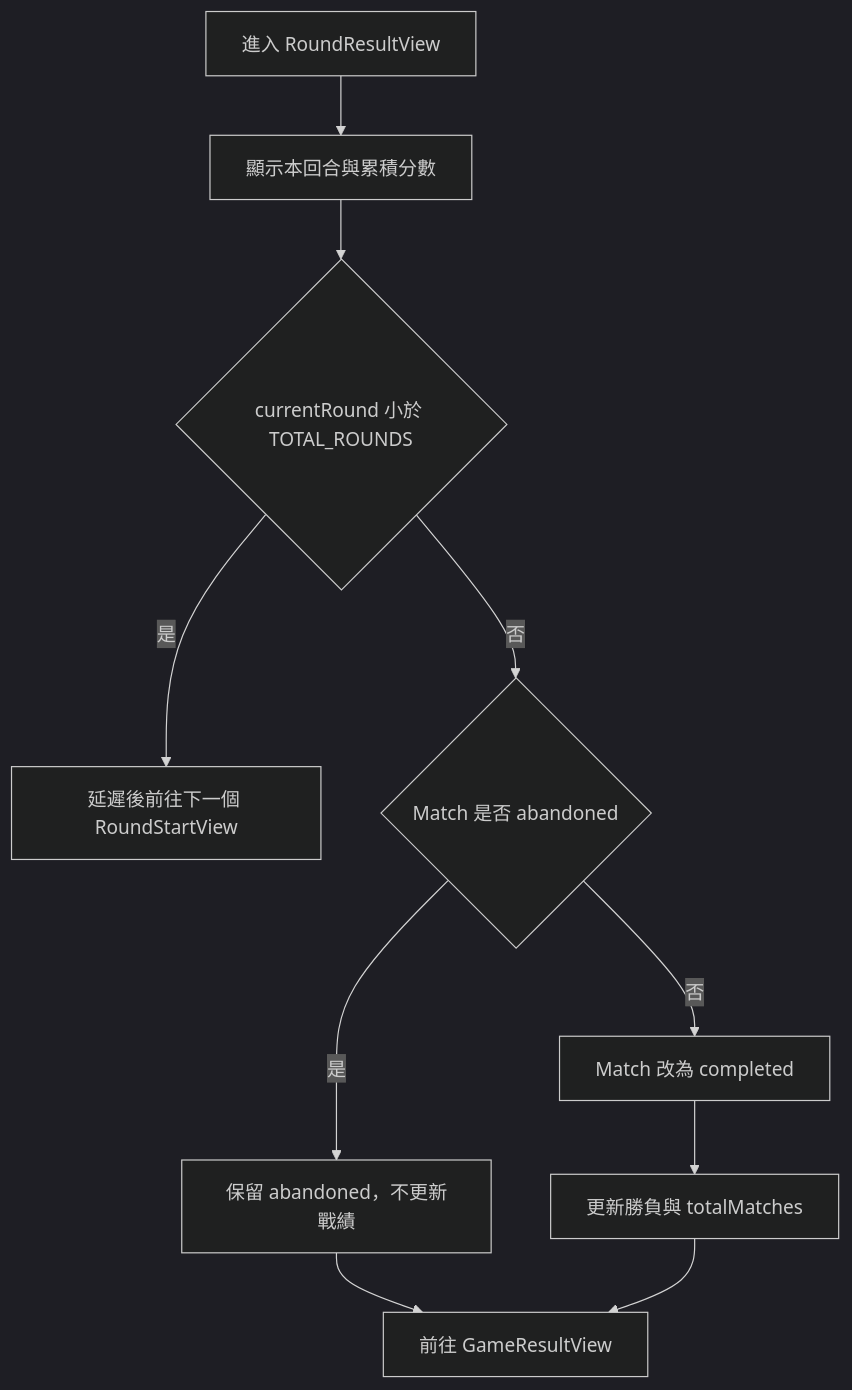
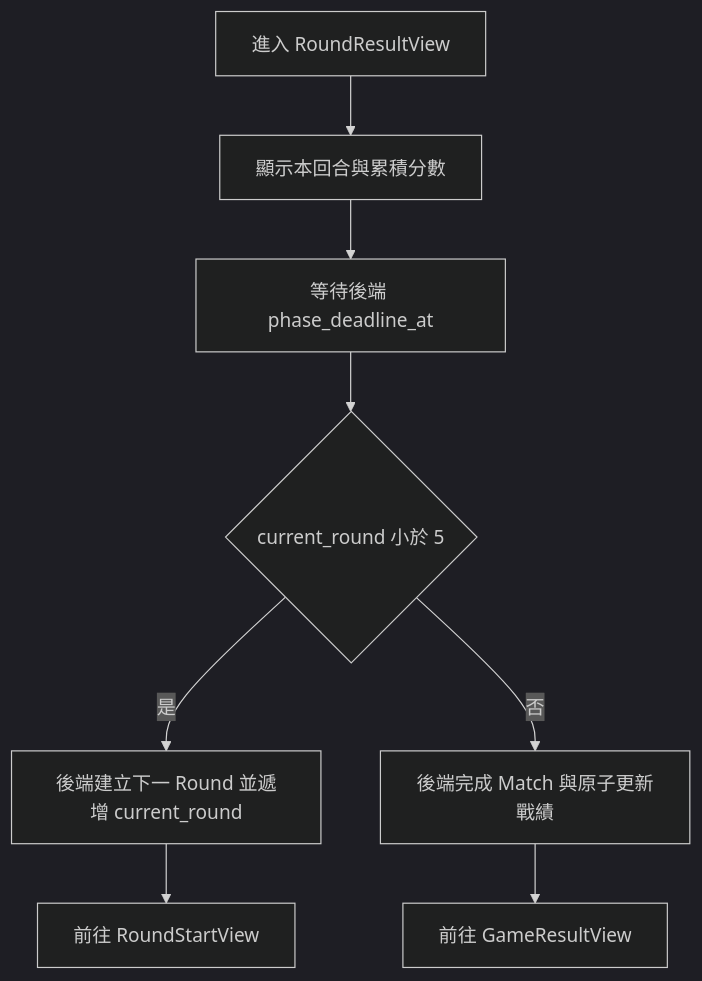
One commit to HsiaoChuanWang/lightning changed the eighth of 10 diagrams in GAME_FLOW.md. Above: the diagram before and after it, drawn with Mermaid (dark theme). The commit also changed other lines of this file and 22 other files, not shown here.

Commit message:
feat: synchronize backend game flow and refine round and rematch transitions

````diff
--- a/GAME_FLOW.md
+++ b/GAME_FLOW.md
@@ -210,12 +228,10 @@
 ```mermaid
 flowchart TD
     Result[進入 RoundResultView] --> Score[顯示本回合與累積分數]
-    Score --> More{currentRound 小於 TOTAL_ROUNDS}
-    More -->|是| Next[延遲後前往下一個 RoundStartView]
-    More -->|否| Abandoned{Match 是否 abandoned}
-    Abandoned -->|是| Finish[保留 abandoned，不更新戰績]
-    Abandoned -->|否| Complete[Match 改為 completed]
-    Complete --> Stats[更新勝負與 totalMatches]
-    Finish --> GameResult[前往 GameResultView]
-    Stats --> GameResult
+    Score --> Wait[等待後端 phase_deadline_at]
+    Wait --> More{current_round 小於 5}
+    More -->|是| Next[後端建立下一 Round 並遞增 current_round]
+    More -->|否| Complete[後端完成 Match 與原子更新戰績]
+    Next --> RoundStart[前往 RoundStartView]
+    Complete --> GameResult[前往 GameResultView]
 ```
````
